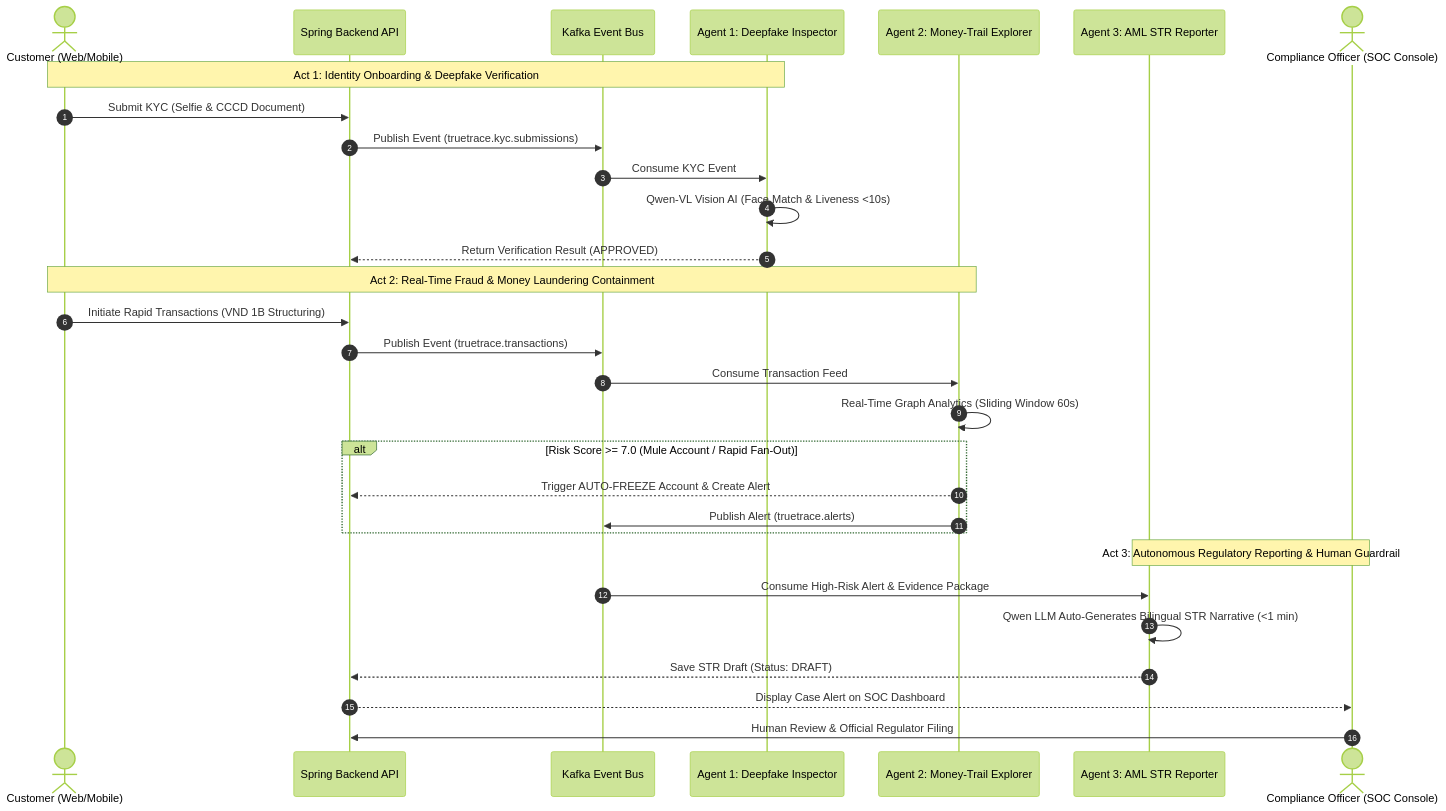
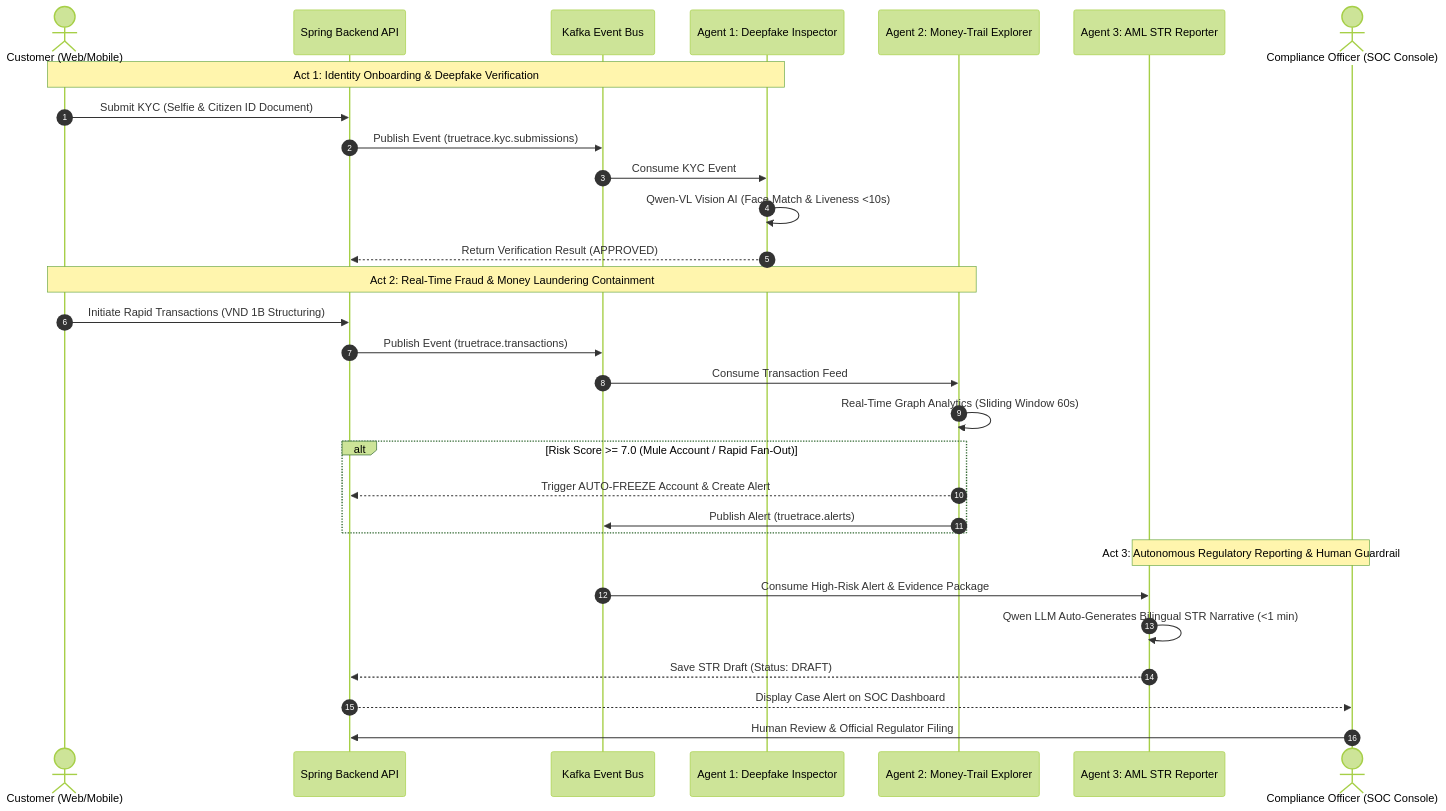
One commit to Little-Boy-s-TrueTrace/truetrace changed the diagram in README.md. Above: the diagram before and after it, drawn with Mermaid (forest theme). The commit also changed other lines of this file and 3 other files, not shown here.

Commit message:
Replace all CCCD references with Citizen Identity Card / Citizen ID in documentation

````diff
--- a/README.md
+++ b/README.md
@@ -132,35 +132,35 @@
 ```mermaid
 sequenceDiagram
     autonumber
     actor Customer as Customer (Web/Mobile)
     participant CoreAPI as Spring Backend API
     participant Kafka as Kafka Event Bus
     participant Agent1 as Agent 1: Deepfake Inspector
     participant Agent2 as Agent 2: Money-Trail Explorer
     participant Agent3 as Agent 3: AML STR Reporter
     actor Officer as Compliance Officer (SOC Console)
 
     note over Customer, Agent1: Act 1: Identity Onboarding & Deepfake Verification
-    Customer->>CoreAPI: Submit KYC (Selfie & CCCD Document)
+    Customer->>CoreAPI: Submit KYC (Selfie & Citizen ID Document)
     CoreAPI->>Kafka: Publish Event (truetrace.kyc.submissions)
     Kafka->>Agent1: Consume KYC Event
     Agent1->>Agent1: Qwen-VL Vision AI (Face Match & Liveness <10s)
     Agent1-->>CoreAPI: Return Verification Result (APPROVED)
 
     note over Customer, Agent2: Act 2: Real-Time Fraud & Money Laundering Containment
     Customer->>CoreAPI: Initiate Rapid Transactions (VND 1B Structuring)
     CoreAPI->>Kafka: Publish Event (truetrace.transactions)
     Kafka->>Agent2: Consume Transaction Feed
     Agent2->>Agent2: Real-Time Graph Analytics (Sliding Window 60s)
     alt Risk Score >= 7.0 (Mule Account / Rapid Fan-Out)
         Agent2-->>CoreAPI: Trigger AUTO-FREEZE Account & Create Alert
         Agent2->>Kafka: Publish Alert (truetrace.alerts)
     end
 
     note over Agent3, Officer: Act 3: Autonomous Regulatory Reporting & Human Guardrail
     Kafka->>Agent3: Consume High-Risk Alert & Evidence Package
     Agent3->>Agent3: Qwen LLM Auto-Generates Bilingual STR Narrative (<1 min)
     Agent3-->>CoreAPI: Save STR Draft (Status: DRAFT)
     CoreAPI-->>Officer: Display Case Alert on SOC Dashboard
     Officer->>CoreAPI: Human Review & Official Regulator Filing
 ```
````
